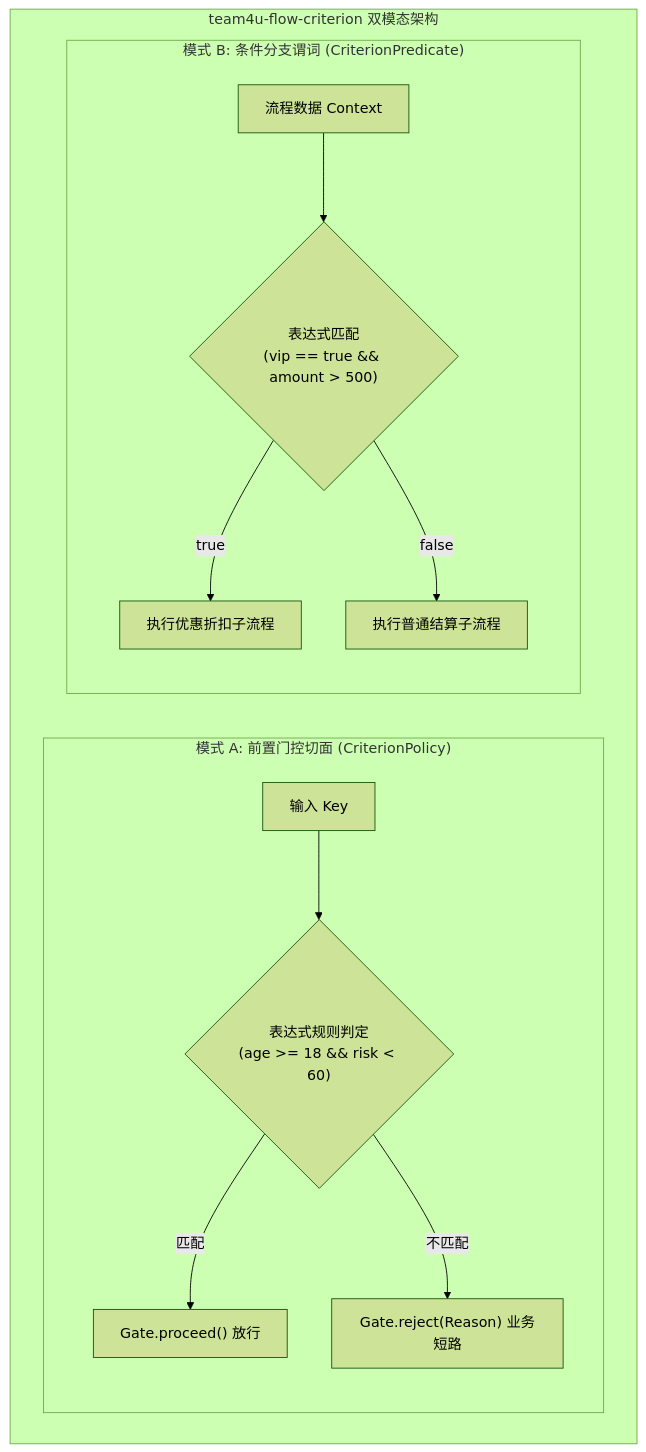
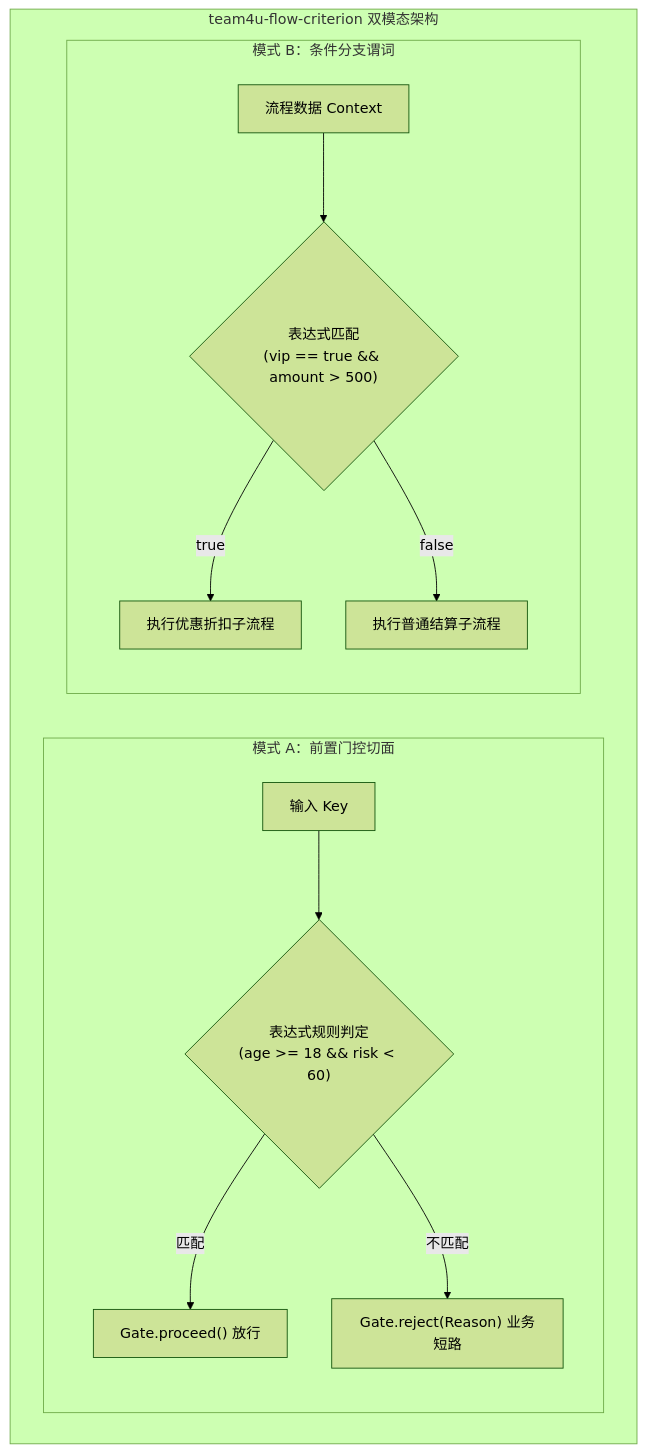
Before and after one commit to team4u/team4u-framework: the diagram in docs/flow/policy-criterion.md, drawn with Mermaid (forest theme). The commit also changed other lines of this file and 142 other files, not shown here.

````diff
--- a/docs/flow/policy-criterion.md
+++ b/docs/flow/policy-criterion.md
@@ -27,16 +27,16 @@
 ```mermaid
 graph TD
     subgraph "team4u-flow-criterion 双模态架构"
-        subgraph "模式 A: 前置门控切面 (CriterionPolicy)"
+        subgraph "模式 A：前置门控切面"
             P_IN["输入 Key"] --> CP_EVAL{"表达式规则判定<br/>(age >= 18 && risk < 60)"}
             CP_EVAL -->|"匹配"| CP_OK["Gate.proceed() 放行"]
             CP_EVAL -->|"不匹配"| CP_REJ["Gate.reject(Reason) 业务短路"]
         end
         
-        subgraph "模式 B: 条件分支谓词 (CriterionPredicate)"
+        subgraph "模式 B：条件分支谓词"
             PR_IN["流程数据 Context"] --> PR_EVAL{"表达式匹配<br/>(vip == true && amount > 500)"}
             PR_EVAL -->|"true"| BR_A["执行优惠折扣子流程"]
             PR_EVAL -->|"false"| BR_B["执行普通结算子流程"]
         end
     end
 ```
````
